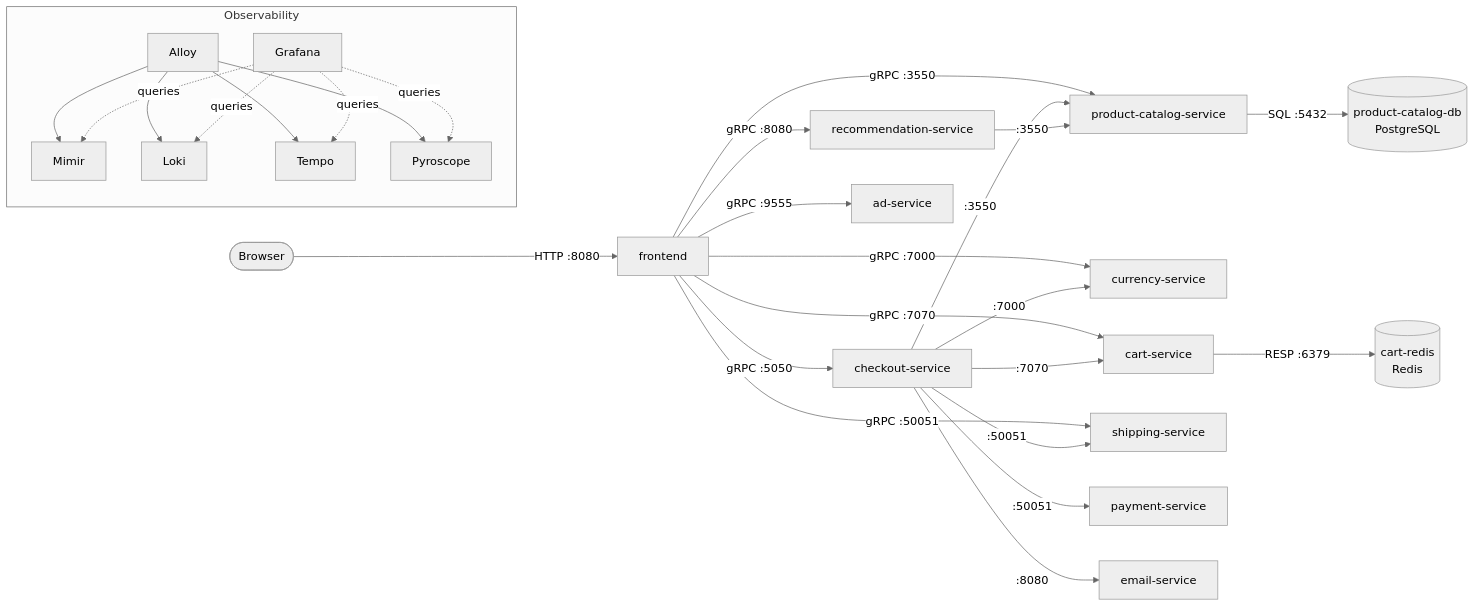
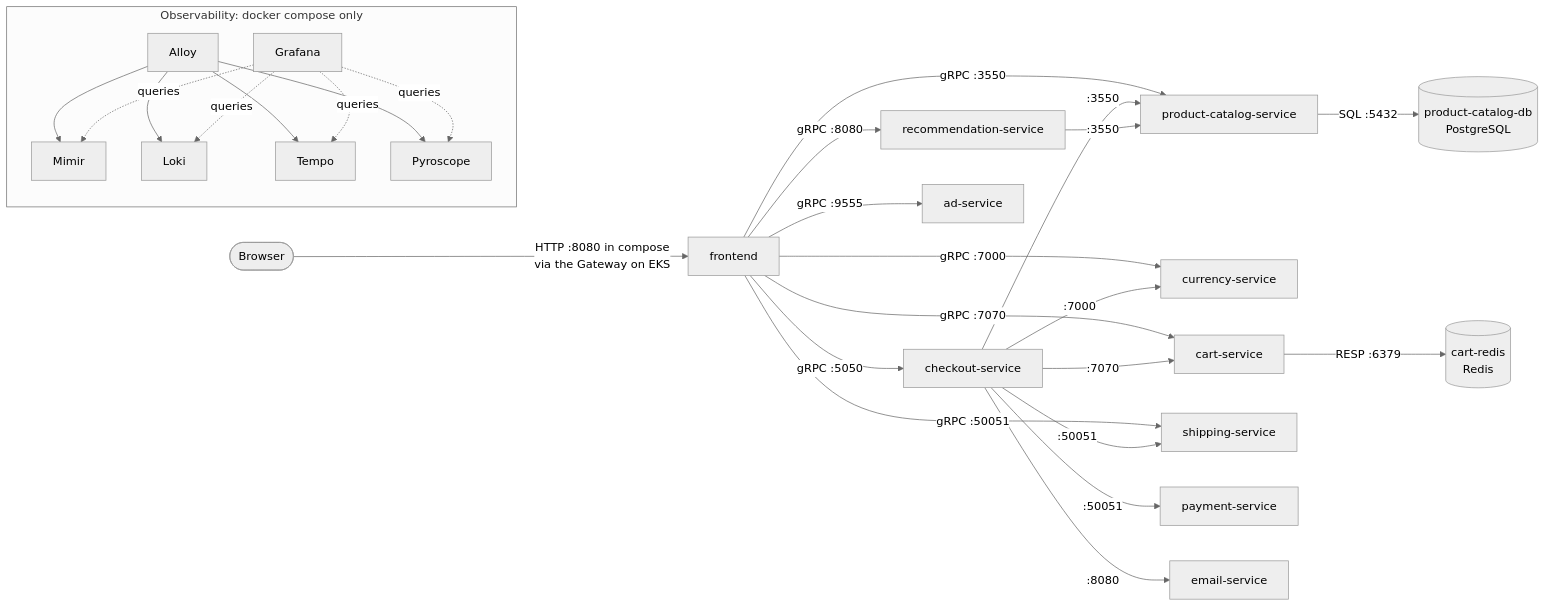
Before and after one commit to platform-boutique/platform-demo-docs: the second of 2 diagrams in docs/architecture.md, drawn with Mermaid (neutral theme). The commit also changed other lines of this file and 29 other files, not shown here.

````diff
--- a/docs/architecture.md
+++ b/docs/architecture.md
@@ -3,31 +36,31 @@
 ```mermaid
 flowchart LR
-    U([Browser]) -->|HTTP :8080| FE[frontend]
+    U([Browser]) -->|HTTP :8080 in compose<br/>via the Gateway on EKS| FE[frontend]
 
     FE -->|gRPC :3550| PC[product-catalog-service]
     FE -->|gRPC :7000| CUR[currency-service]
     FE -->|gRPC :7070| CART[cart-service]
     FE -->|gRPC :8080| REC[recommendation-service]
     FE -->|gRPC :5050| CHK[checkout-service]
     FE -->|gRPC :50051| SHIP[shipping-service]
     FE -->|gRPC :9555| AD[ad-service]
 
     CHK -->|:3550| PC
     CHK -->|:7070| CART
     CHK -->|:7000| CUR
     CHK -->|:50051| SHIP
     CHK -->|:50051| PAY[payment-service]
     CHK -->|:8080| EML[email-service]
 
     REC -->|:3550| PC
     PC -->|SQL :5432| DB[(product-catalog-db<br/>PostgreSQL)]
     CART -->|RESP :6379| RDS[(cart-redis<br/>Redis)]
 
-    subgraph Observability
+    subgraph Observability [Observability: docker compose only]
       ALLOY[Alloy] --> MIMIR[Mimir]
       ALLOY --> LOKI[Loki]
       ALLOY --> TEMPO[Tempo]
       ALLOY --> PYRO[Pyroscope]
       GRAF[Grafana] -.queries.-> MIMIR & LOKI & TEMPO & PYRO
     end
 ```
````
